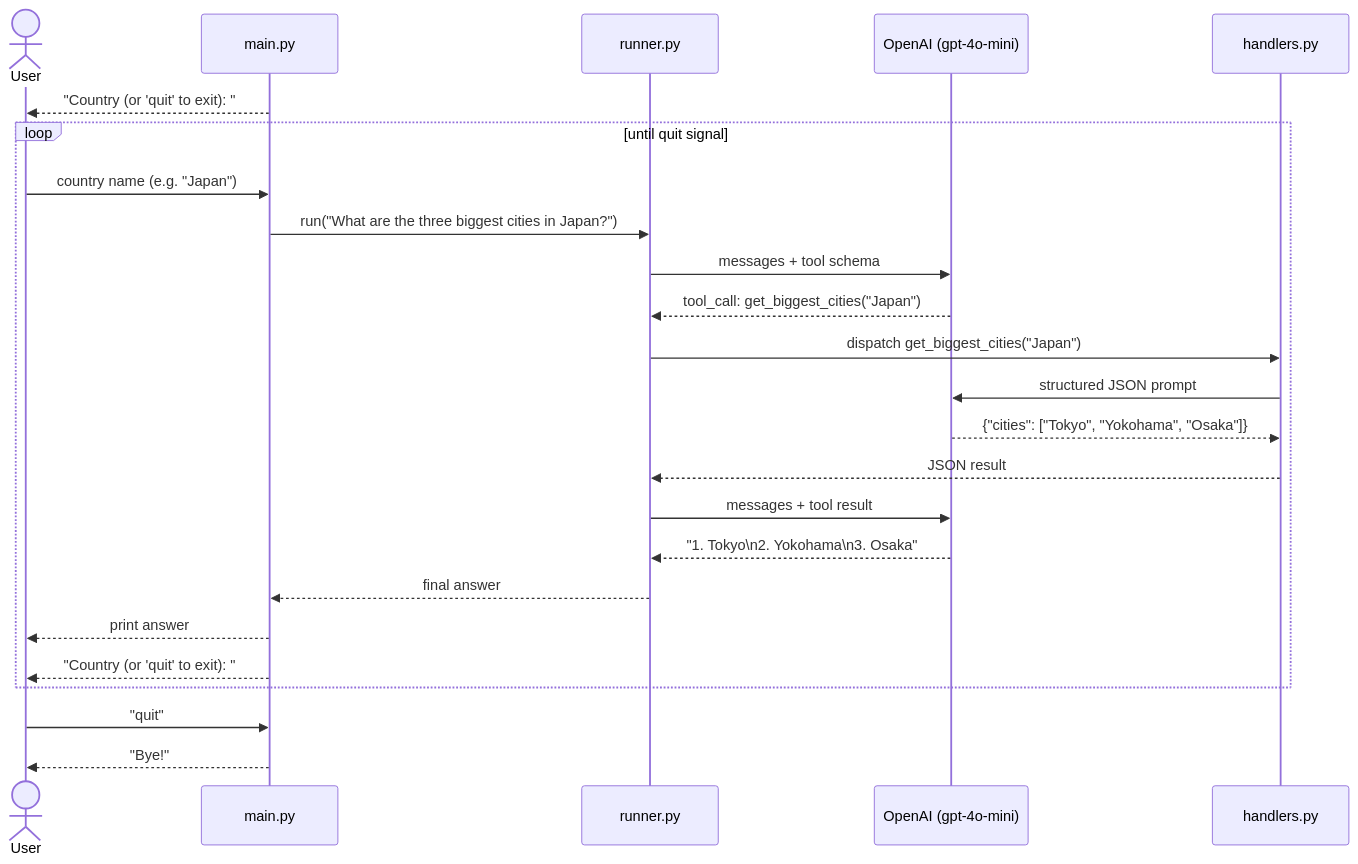
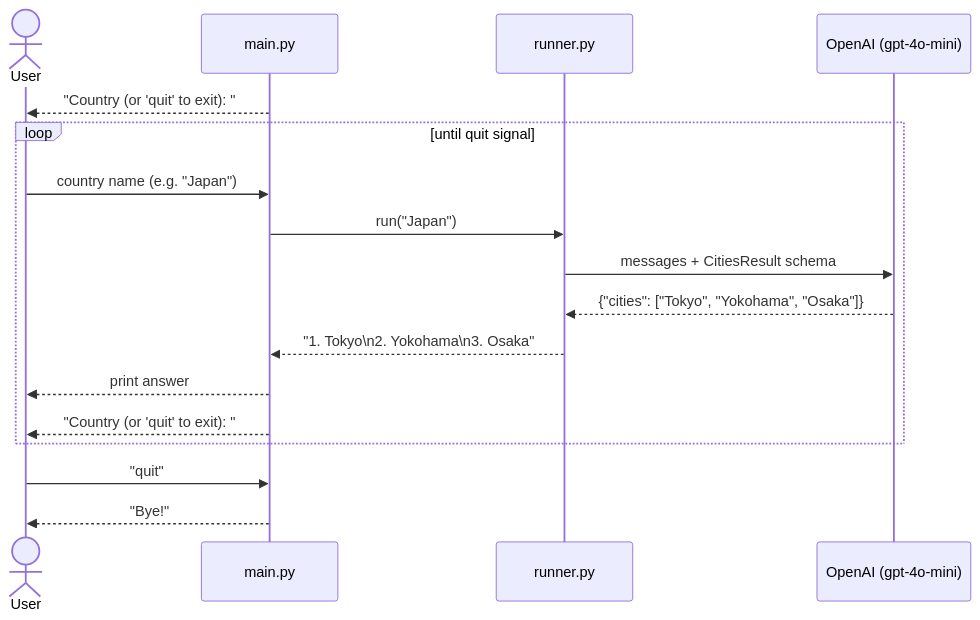
One commit to sconde2020/openai-sdk-demo changed the diagram in README.md. Above: the diagram before and after it, drawn with Mermaid. The commit also changed other lines of this file and 5 other files, not shown here.

First line of the commit message:
feat: structured output approach — single OpenAI call, no tool loop

````diff
--- a/README.md
+++ b/README.md
@@ -85,35 +57,25 @@
 ```mermaid
 sequenceDiagram
     actor User
     participant main.py
     participant runner.py
     participant OpenAI as OpenAI (gpt-4o-mini)
-    participant handlers.py
 
     main.py-->>User: "Country (or 'quit' to exit): "
 
     loop until quit signal
         User->>main.py: country name (e.g. "Japan")
+        main.py->>runner.py: run("Japan")
 
-        main.py->>runner.py: run("What are the three biggest cities in Japan?")
+        runner.py->>OpenAI: messages + CitiesResult schema
+        OpenAI-->>runner.py: {"cities": ["Tokyo", "Yokohama", "Osaka"]}
 
-        runner.py->>OpenAI: messages + tool schema
-        OpenAI-->>runner.py: tool_call: get_biggest_cities("Japan")
-
-        runner.py->>handlers.py: dispatch get_biggest_cities("Japan")
-        handlers.py->>OpenAI: structured JSON prompt
-        OpenAI-->>handlers.py: {"cities": ["Tokyo", "Yokohama", "Osaka"]}
-        handlers.py-->>runner.py: JSON result
-
-        runner.py->>OpenAI: messages + tool result
-        OpenAI-->>runner.py: "1. Tokyo\n2. Yokohama\n3. Osaka"
-
-        runner.py-->>main.py: final answer
+        runner.py-->>main.py: "1. Tokyo\n2. Yokohama\n3. Osaka"
         main.py-->>User: print answer
 
         main.py-->>User: "Country (or 'quit' to exit): "
     end
 
     User->>main.py: "quit"
     main.py-->>User: "Bye!"
 ```
````
